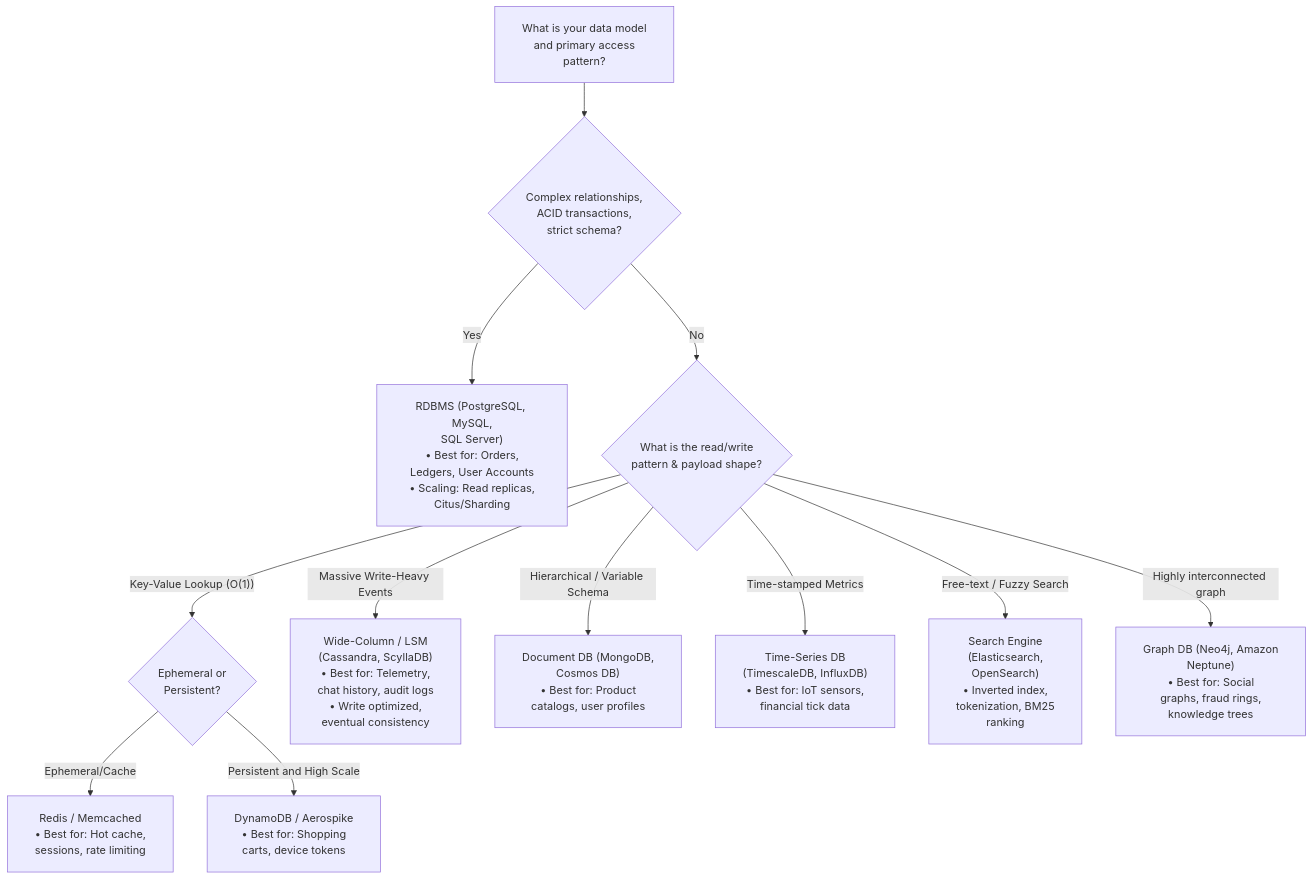
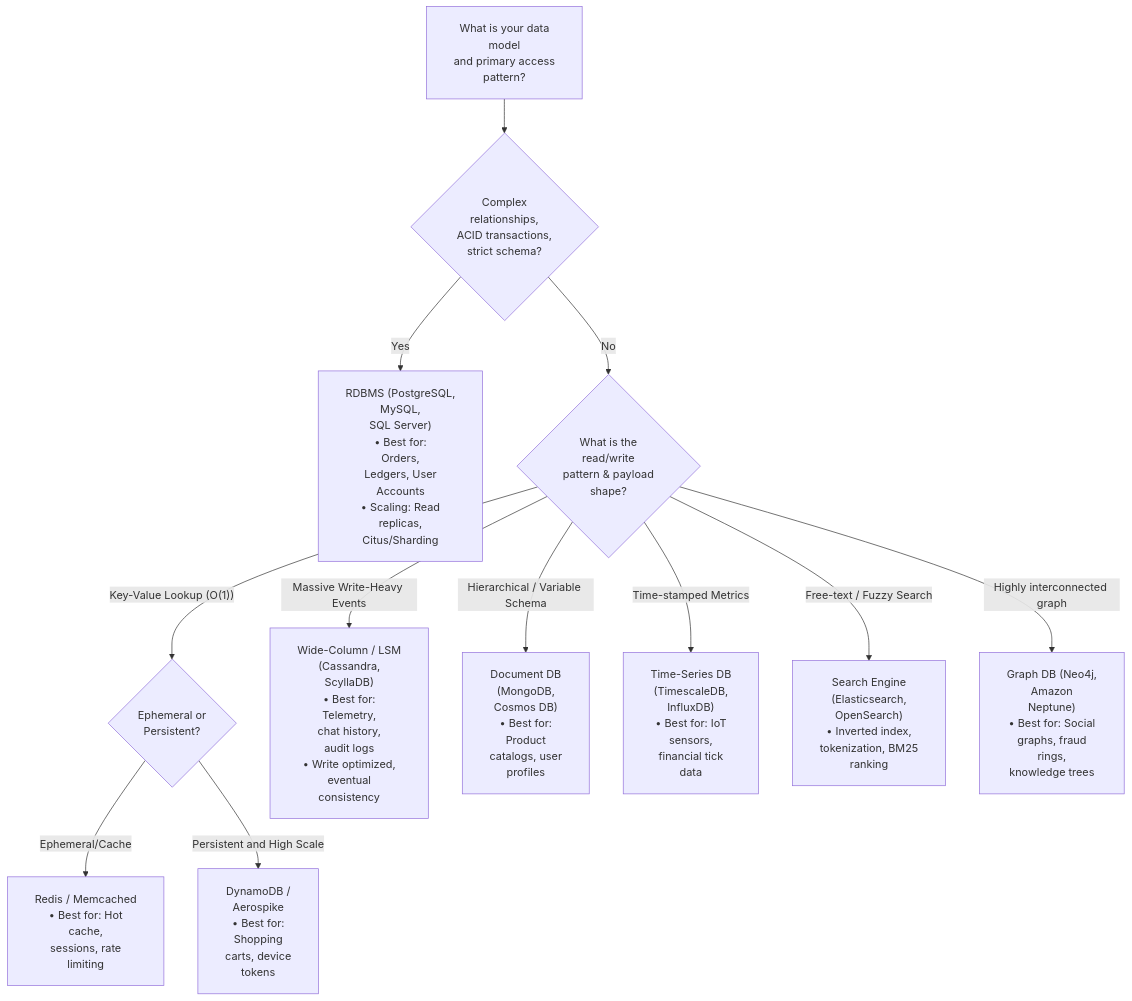
The second of 3 diagrams in LLD/00_Core_Concepts/10_Interview_Quick_Reference_and_Checklists.md (dip4k/DSA_102), drawn with Mermaid before and after one commit. The commit also changed other lines of this file and 106 other files, not shown here.

First line of the commit message:
fix(mermaid): prevent text clipping with foreignObject overflow and tighter line wrapping

````diff
--- a/LLD/00_Core_Concepts/10_Interview_Quick_Reference_and_Checklists.md
+++ b/LLD/00_Core_Concepts/10_Interview_Quick_Reference_and_Checklists.md
@@ -87,21 +87,21 @@
 ```mermaid
-%%{init: {"flowchart": {"htmlLabels": true, "padding": 20}}}%%
+%%{init: {"flowchart": {"htmlLabels": true, "padding": 20}, "themeCSS": "foreignObject { overflow: visible !important; }"}}%%
 flowchart TD
-    Start["What is your data model<br/>and primary access<br/>pattern?"] --> Rel{"Complex relationships,<br/>ACID transactions,<br/>strict schema?"}
-    Rel -->|"Yes"| SQL["RDBMS (PostgreSQL, MySQL,<br/>SQL Server)<br/>• Best for: Orders,<br/>Ledgers, User Accounts<br/>• Scaling: Read replicas,<br/>Citus/Sharding"]
-    Rel -->|"No"| Access{"What is the read/write<br/>pattern & payload shape?"}
+    Start["What is your data<br/>model<br/>and primary access<br/>pattern?"] --> Rel{"Complex<br/>relationships,<br/>ACID transactions,<br/>strict schema?"}
+    Rel -->|"Yes"| SQL["RDBMS (PostgreSQL,<br/>MySQL,<br/>SQL Server)<br/>• Best for:<br/>Orders,<br/>Ledgers, User<br/>Accounts<br/>• Scaling: Read<br/>replicas,<br/>Citus/Sharding"]
+    Rel -->|"No"| Access{"What is the<br/>read/write<br/>pattern & payload<br/>shape?"}
 
     Access -->|"Key-Value Lookup (O(1)) "| KV{"Ephemeral or<br/>Persistent?"}
-    KV -->|"Ephemeral/Cache"| Redis["Redis / Memcached<br/>• Best for: Hot cache,<br/>sessions, rate limiting"]
-    KV -->|"Persistent and High Scale"| Dynamo["DynamoDB / Aerospike<br/>• Best for: Shopping<br/>carts, device tokens"]
+    KV -->|"Ephemeral/Cache"| Redis["Redis / Memcached<br/>• Best for: Hot<br/>cache,<br/>sessions, rate<br/>limiting"]
+    KV -->|"Persistent and High Scale"| Dynamo["DynamoDB /<br/>Aerospike<br/>• Best for:<br/>Shopping<br/>carts, device<br/>tokens"]
 
-    Access -- Massive Write-Heavy Events --> LSM["Wide-Column / LSM<br/>(Cassandra, ScyllaDB)<br/>• Best for: Telemetry,<br/>chat history, audit logs<br/>• Write optimized,<br/>eventual consistency"]
+    Access -- Massive Write-Heavy Events --> LSM["Wide-Column / LSM<br/>(Cassandra,<br/>ScyllaDB)<br/>• Best for:<br/>Telemetry,<br/>chat history,<br/>audit logs<br/>• Write optimized,<br/>eventual<br/>consistency"]
 
-    Access -->|"Hierarchical / Variable Schema"| Doc["Document DB (MongoDB,<br/>Cosmos DB)<br/>• Best for: Product<br/>catalogs, user profiles"]
+    Access -->|"Hierarchical / Variable Schema"| Doc["Document DB<br/>(MongoDB,<br/>Cosmos DB)<br/>• Best for:<br/>Product<br/>catalogs, user<br/>profiles"]
 
-    Access -- Time-stamped Metrics --> TS["Time-Series DB<br/>(TimescaleDB, InfluxDB)<br/>• Best for: IoT sensors,<br/>financial tick data"]
+    Access -- Time-stamped Metrics --> TS["Time-Series DB<br/>(TimescaleDB,<br/>InfluxDB)<br/>• Best for: IoT<br/>sensors,<br/>financial tick<br/>data"]
 
     Access -- Free-text / Fuzzy Search --> Search["Search Engine<br/>(Elasticsearch,<br/>OpenSearch)<br/>• Inverted index,<br/>tokenization, BM25<br/>ranking"]
 
-    Access -->|"Highly interconnected graph"| Graph["Graph DB (Neo4j, Amazon<br/>Neptune)<br/>• Best for: Social<br/>graphs, fraud rings,<br/>knowledge trees"]
+    Access -->|"Highly interconnected graph"| Graph["Graph DB (Neo4j,<br/>Amazon<br/>Neptune)<br/>• Best for: Social<br/>graphs, fraud<br/>rings,<br/>knowledge trees"]
 ```
````
